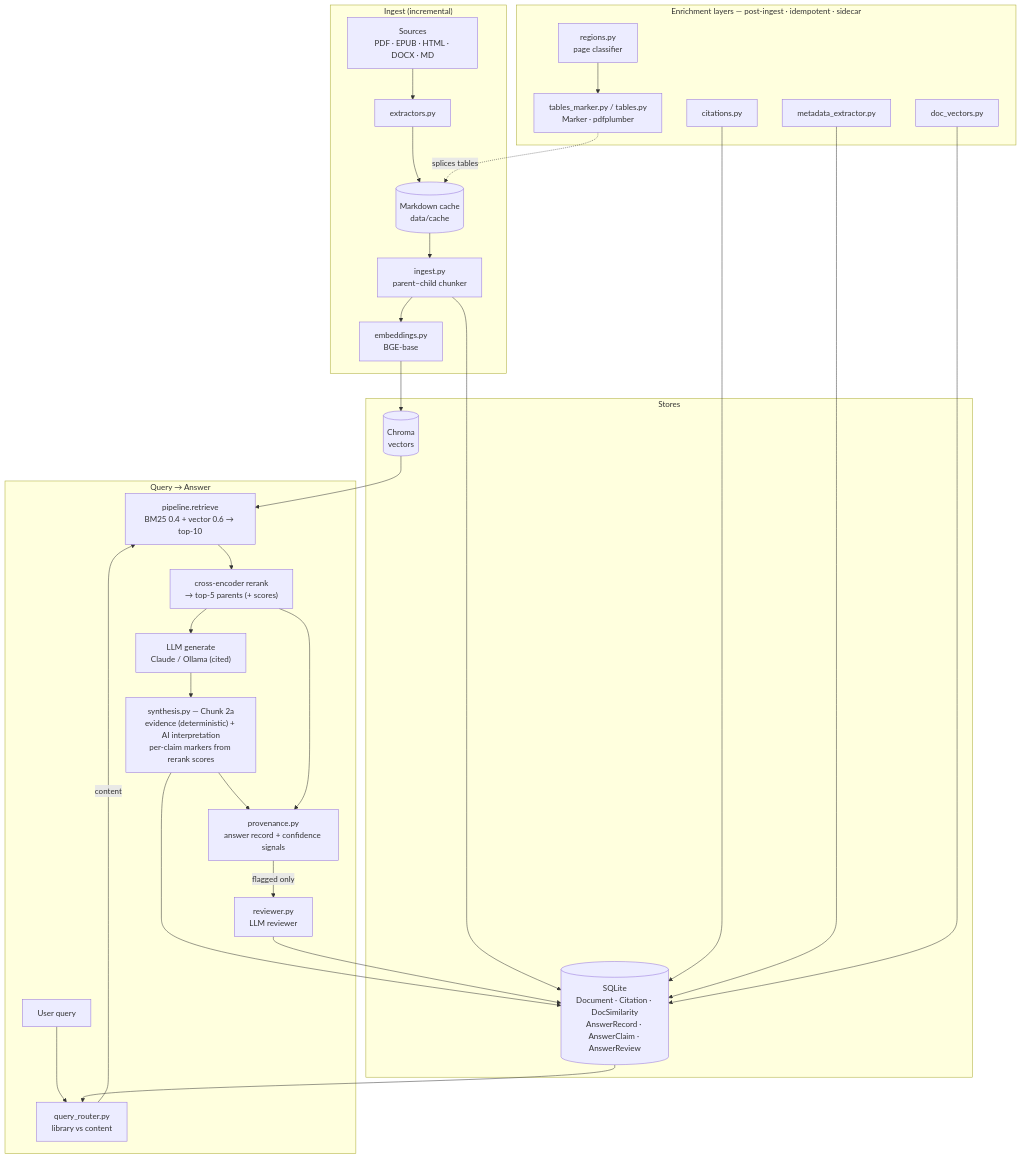
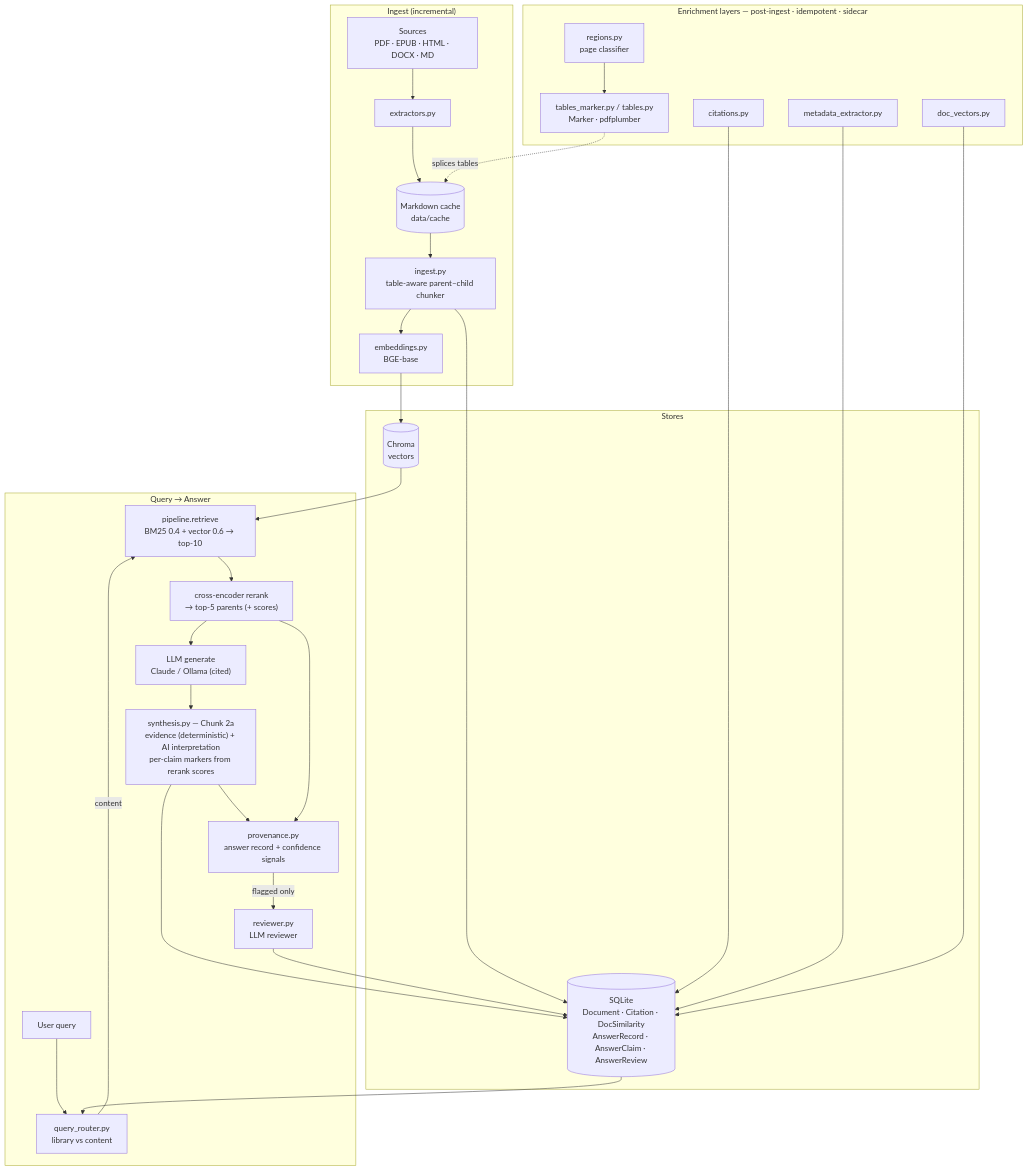
The diagram in docs/architecture.md (ldele/doc_assistant), drawn with Mermaid before and after one commit. The commit also changed 13 other files, not shown here.

````diff
--- a/docs/architecture.md
+++ b/docs/architecture.md
@@ -28,43 +28,43 @@
 ```mermaid
 flowchart TD
     subgraph ING["Ingest (incremental)"]
         SRC["Sources<br/>PDF · EPUB · HTML · DOCX · MD"] --> EXT["extractors.py"]
         EXT --> CACHE[("Markdown cache<br/>data/cache")]
-        CACHE --> CHUNK["ingest.py<br/>parent–child chunker"]
+        CACHE --> CHUNK["ingest.py<br/>table-aware parent–child chunker"]
         CHUNK --> EMB["embeddings.py<br/>BGE-base"]
     end
 
     subgraph ENR["Enrichment layers — post-ingest · idempotent · sidecar"]
         REG["regions.py<br/>page classifier"] --> TBL["tables_marker.py / tables.py<br/>Marker · pdfplumber"]
         CIT["citations.py"]
         MD["metadata_extractor.py"]
         DV["doc_vectors.py"]
     end
 
     subgraph ST["Stores"]
         CHROMA[("Chroma<br/>vectors")]
         SQL[("SQLite<br/>Document · Citation · DocSimilarity<br/>AnswerRecord · AnswerClaim · AnswerReview")]
     end
 
     subgraph QRY["Query → Answer"]
         Q["User query"] --> ROUTE["query_router.py<br/>library vs content"]
         ROUTE -->|content| RET["pipeline.retrieve<br/>BM25 0.4 + vector 0.6 → top-10"]
         RET --> RR["cross-encoder rerank<br/>→ top-5 parents (+ scores)"]
         RR --> GEN["LLM generate<br/>Claude / Ollama (cited)"]
         GEN --> SYN["synthesis.py — Chunk 2a<br/>evidence (deterministic) + AI interpretation<br/>per-claim markers from rerank scores"]
         SYN --> PROV["provenance.py<br/>answer record + confidence signals"]
         PROV -->|flagged only| REV["reviewer.py<br/>LLM reviewer"]
     end
 
     EMB --> CHROMA
     CHUNK --> SQL
     CIT --> SQL
     MD --> SQL
     DV --> SQL
     TBL -. splices tables .-> CACHE
     CHROMA --> RET
     SQL --> ROUTE
     RR --> PROV
     SYN --> SQL
     REV --> SQL
 ```
````
